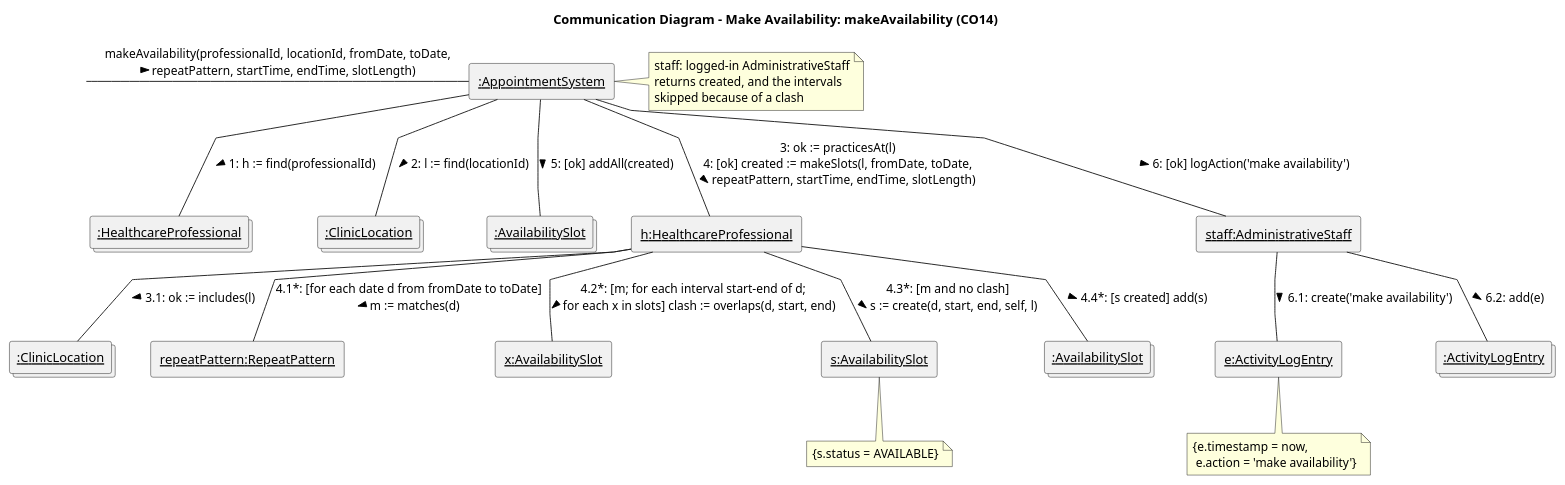
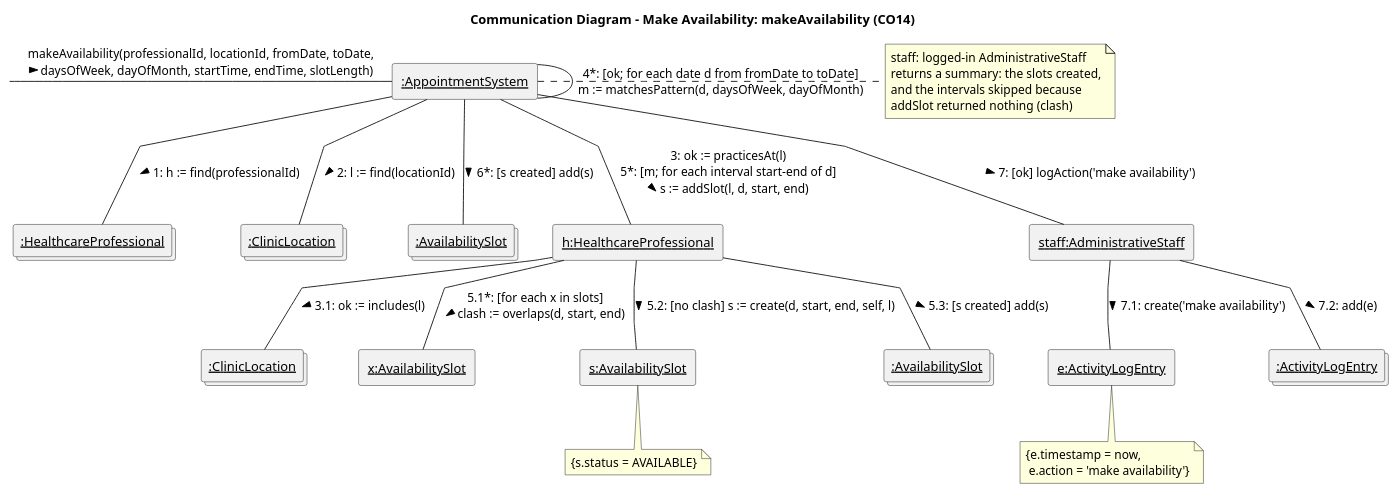
One commit to rakib-akter/SOEN-342-Project changed the diagram in docs/interaction-diagrams/make-availability.puml. Above: the diagram before and after it, drawn with PlantUML. The commit also changed 4 other files, not shown here.

Commit message:
sync interaction diagrams with the class diagram: insurance stays in patient, repeat pattern is passed as params and make availability goes through addSlot

```diff
--- a/docs/interaction-diagrams/make-availability.puml
+++ b/docs/interaction-diagrams/make-availability.puml
@@ -1,49 +1,49 @@
 @startuml make-availability
 title Communication Diagram - Make Availability: makeAvailability (CO14)
 skinparam linetype polyline
 
 label " " as start
 rectangle "<u>:AppointmentSystem</u>" as ctrl
 collections "<u>:HealthcareProfessional</u>" as professionals
 collections "<u>:ClinicLocation</u>" as locations
 collections "<u>:AvailabilitySlot</u>" as allSlots
 rectangle "<u>h:HealthcareProfessional</u>" as h
 collections "<u>:ClinicLocation</u>" as hLocations
-rectangle "<u>repeatPattern:RepeatPattern</u>" as rp
 rectangle "<u>x:AvailabilitySlot</u>" as x
 rectangle "<u>s:AvailabilitySlot</u>" as s
 collections "<u>:AvailabilitySlot</u>" as hSlots
 rectangle "<u>staff:AdministrativeStaff</u>" as staff
 rectangle "<u>e:ActivityLogEntry</u>" as e
 collections "<u>:ActivityLogEntry</u>" as entries
 
-start -right- ctrl : "makeAvailability(professionalId, locationId, fromDate, toDate,\nrepeatPattern, startTime, endTime, slotLength) >"
+start -right- ctrl : "makeAvailability(professionalId, locationId, fromDate, toDate,\ndaysOfWeek, dayOfMonth, startTime, endTime, slotLength) >"
 
 ctrl -- professionals : "1: h := find(professionalId) >"
 ctrl -- locations : "2: l := find(locationId) >"
-ctrl -- h : "3: ok := practicesAt(l)\n4: [ok] created := makeSlots(l, fromDate, toDate,\nrepeatPattern, startTime, endTime, slotLength) >"
+ctrl -- ctrl : "4*: [ok; for each date d from fromDate to toDate]\nm := matchesPattern(d, daysOfWeek, dayOfMonth)"
+ctrl -- h : "3: ok := practicesAt(l)\n5*: [m; for each interval start-end of d]\ns := addSlot(l, d, start, end) >"
 h -- hLocations : "3.1: ok := includes(l) >"
-h -- rp : "4.1*: [for each date d from fromDate to toDate]\nm := matches(d) >"
-h -- x : "4.2*: [m; for each interval start-end of d;\nfor each x in slots] clash := overlaps(d, start, end) >"
-h -- s : "4.3*: [m and no clash]\ns := create(d, start, end, self, l) >"
-h -- hSlots : "4.4*: [s created] add(s) >"
-ctrl -- allSlots : "5: [ok] addAll(created) >"
-ctrl -- staff : "6: [ok] logAction('make availability') >"
-staff -- e : "6.1: create('make availability') >"
-staff -- entries : "6.2: add(e) >"
+h -- x : "5.1*: [for each x in slots]\nclash := overlaps(d, start, end) >"
+h -- s : "5.2: [no clash] s := create(d, start, end, self, l) >"
+h -- hSlots : "5.3: [s created] add(s) >"
+ctrl -- allSlots : "6*: [s created] add(s) >"
+ctrl -- staff : "7: [ok] logAction('make availability') >"
+staff -- e : "7.1: create('make availability') >"
+staff -- entries : "7.2: add(e) >"
 
 note right of ctrl
   staff: logged-in AdministrativeStaff
-  returns created, and the intervals
-  skipped because of a clash
+  returns a summary: the slots created,
+  and the intervals skipped because
+  addSlot returned nothing (clash)
 end note
 
 note bottom of s
   {s.status = AVAILABLE}
 end note
 
 note bottom of e
   {e.timestamp = now,
    e.action = 'make availability'}
 end note
 @enduml
```
